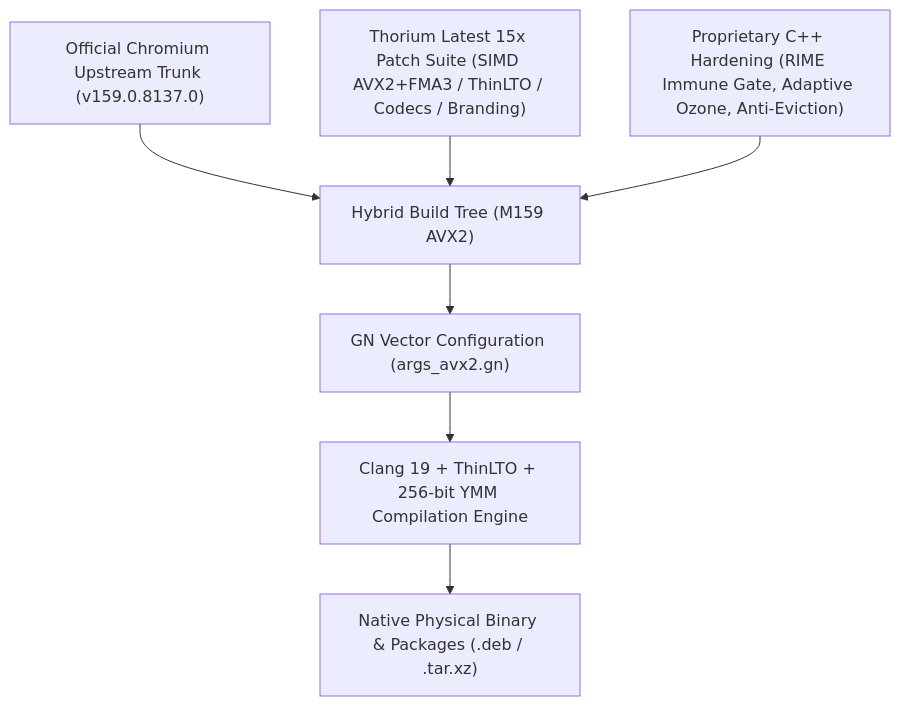
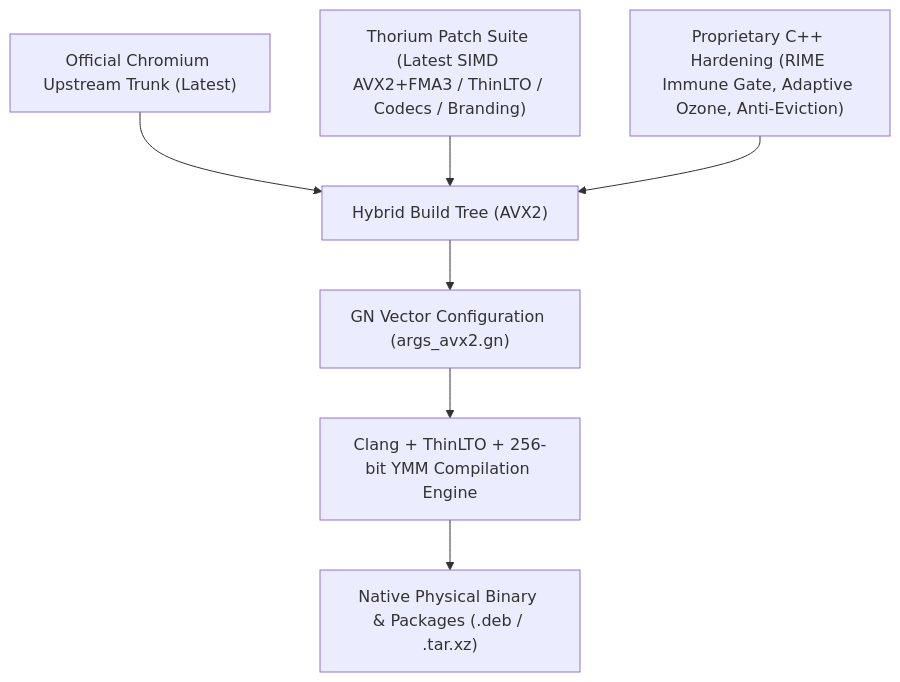
Before and after one commit to obhasashare2024-namo/thorium-avx2-rime: the diagram in README.md, drawn with Mermaid. The commit also changed other lines of this file and 2 other files, not shown here.

Commit message:
docs: generalize hybrid compilation description without hardcoded version numbers

````diff
--- a/README.md
+++ b/README.md
@@ -26,9 +26,9 @@
 ```mermaid
 graph TD
-    A["Official Chromium Upstream Trunk (v159.0.8137.0)"] --> D["Hybrid Build Tree (M159 AVX2)"]
-    B["Thorium Latest 15x Patch Suite (SIMD AVX2+FMA3 / ThinLTO / Codecs / Branding)"] --> D
+    A["Official Chromium Upstream Trunk (Latest)"] --> D["Hybrid Build Tree (AVX2)"]
+    B["Thorium Patch Suite (Latest SIMD AVX2+FMA3 / ThinLTO / Codecs / Branding)"] --> D
     C["Proprietary C++ Hardening (RIME Immune Gate, Adaptive Ozone, Anti-Eviction)"] --> D
     D --> E["GN Vector Configuration (args_avx2.gn)"]
-    E --> F["Clang 19 + ThinLTO + 256-bit YMM Compilation Engine"]
+    E --> F["Clang + ThinLTO + 256-bit YMM Compilation Engine"]
     F --> G["Native Physical Binary & Packages (.deb / .tar.xz)"]
 ```
````
